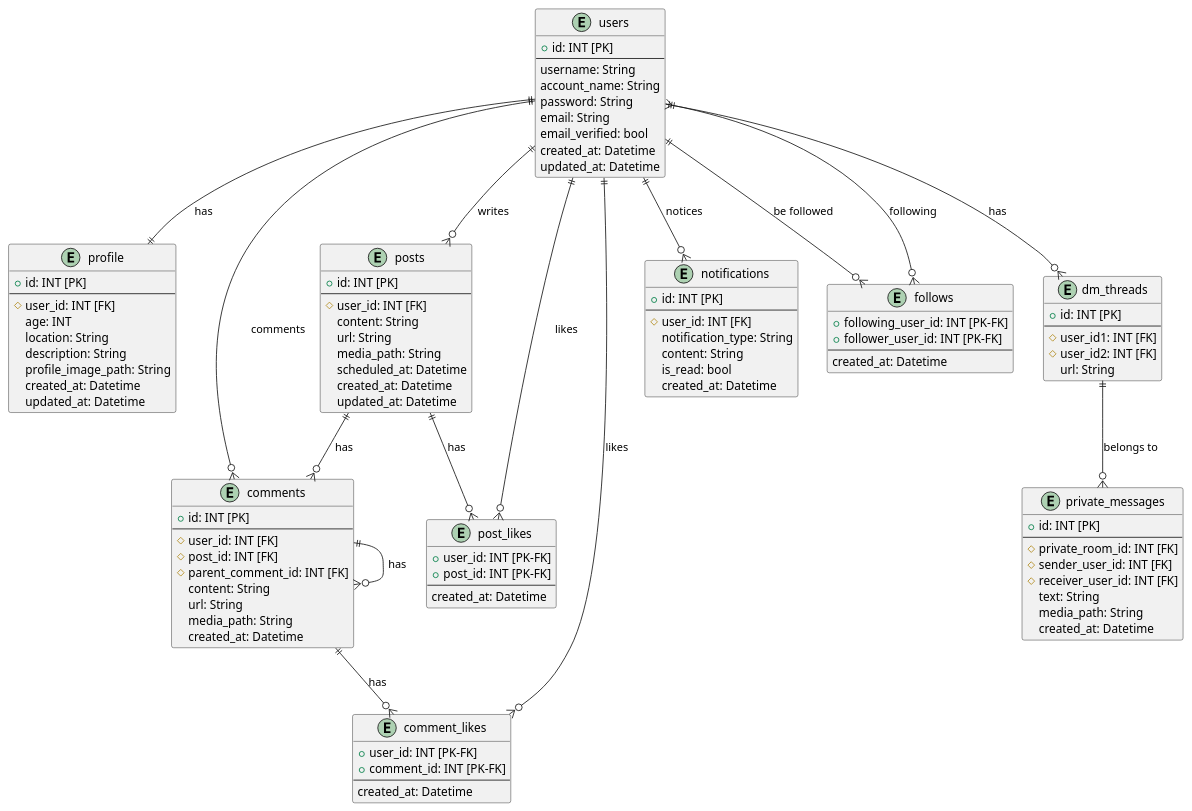
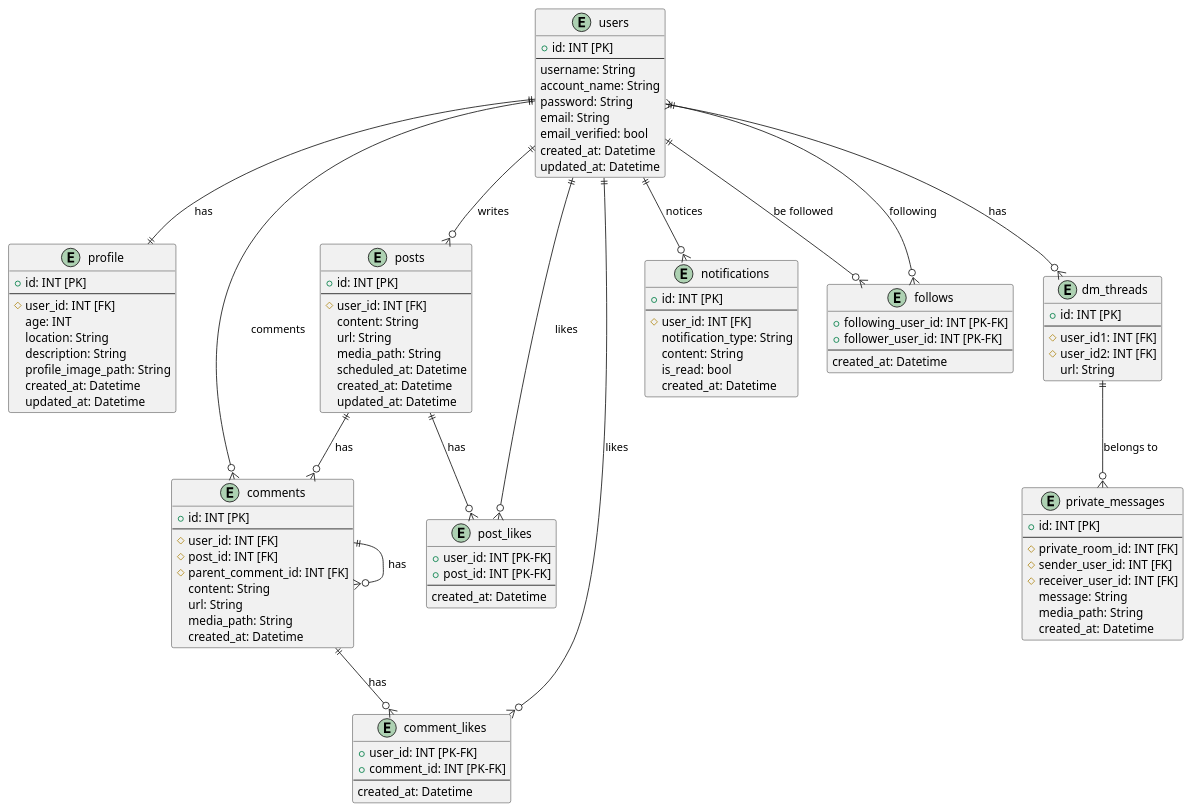
The diagram in diagrams/er/er.pu (AkinoJoey/SocialNetworkingService), drawn with PlantUML before and after one commit.

Commit message:
text変数をmessageに名前を変更

```diff
--- a/diagrams/er/er.pu
+++ b/diagrams/er/er.pu
@@ -1,117 +1,117 @@
 @startuml er
 
 Entity users{
     + id: INT [PK]
     --
     username: String
     account_name: String
     password: String
     email: String
     email_verified: bool
     created_at: Datetime
     updated_at: Datetime
 }
 
 Entity profile{
     + id: INT [PK]
     --
     # user_id: INT [FK]
     age: INT
     location: String
     description: String
     profile_image_path: String
     created_at: Datetime
     updated_at: Datetime
 }
 
 Entity posts{
     + id: INT [PK]
     --
     # user_id: INT [FK]
     content: String
     url: String
     media_path: String
     scheduled_at: Datetime
     created_at: Datetime
     updated_at: Datetime
 }
 
 Entity comments{
     + id: INT [PK]
     --
     # user_id: INT [FK]
     # post_id: INT [FK]
     # parent_comment_id: INT [FK]
     content: String
     url: String
     media_path: String
     created_at: Datetime
 }
 
 Entity post_likes{
     + user_id: INT [PK-FK]
     + post_id: INT [PK-FK]
     --
     created_at: Datetime
 }
 
 Entity comment_likes{
     + user_id: INT [PK-FK]
     + comment_id: INT [PK-FK]
     --
     created_at: Datetime
 }
 
 Entity notifications{
     + id: INT [PK]
     --
     # user_id: INT [FK]
     notification_type: String
     content: String
     is_read: bool
     created_at: Datetime
 }
 
 Entity follows{
     + following_user_id: INT [PK-FK]
     + follower_user_id: INT [PK-FK]
     --
     created_at: Datetime
 }
 
 Entity dm_threads{
     + id: INT [PK]
     --
     # user_id1: INT [FK]
     # user_id2: INT [FK]
     url: String
 }
 
 Entity private_messages{
     + id: INT [PK]
     --
     # private_room_id: INT [FK]
     # sender_user_id: INT [FK]
     # receiver_user_id: INT [FK]
-    text: String
+    message: String
     media_path: String
     created_at: Datetime
 }
 
 
 users ||--o{ posts: writes
 users ||--o{ comments: comments
 posts ||--o{ comments: has
 posts ||--o{ post_likes: has
 comments ||--o{ comment_likes: has
 comments ||--o{ comments: has
 users ||--o{ follows: following
 users ||--o{ follows: be followed
 users ||--o{ notifications: notices
 users ||--o{ post_likes: likes
 users ||--o{ comment_likes: likes
 users ||--|| profile: has
 users }|--o{ dm_threads: has
 dm_threads ||--o{ private_messages: belongs to 
 
 @enduml
```
